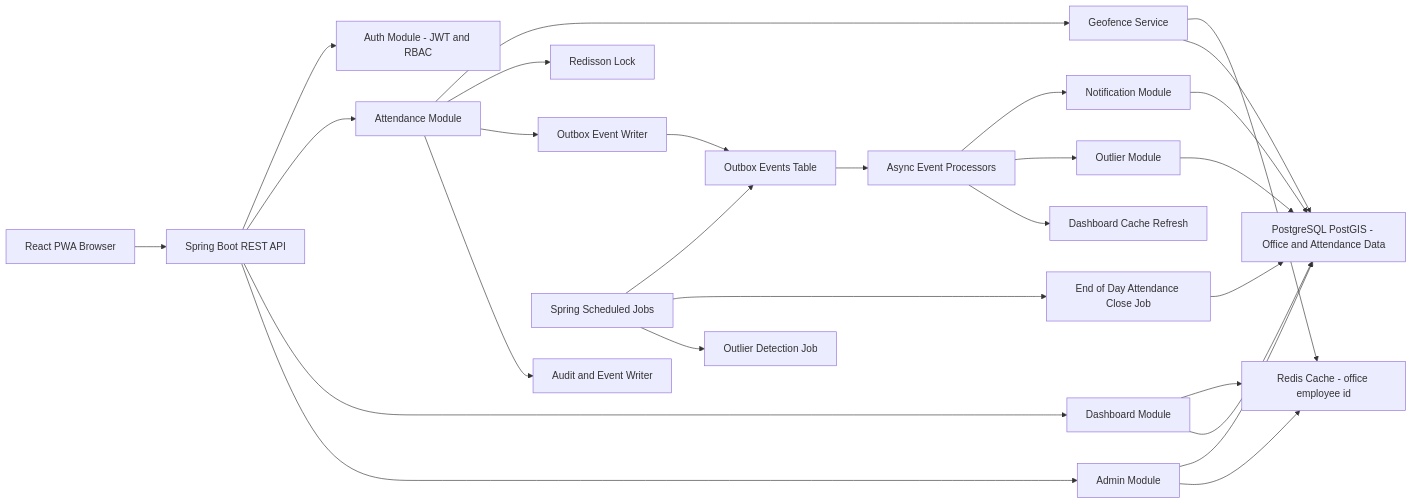
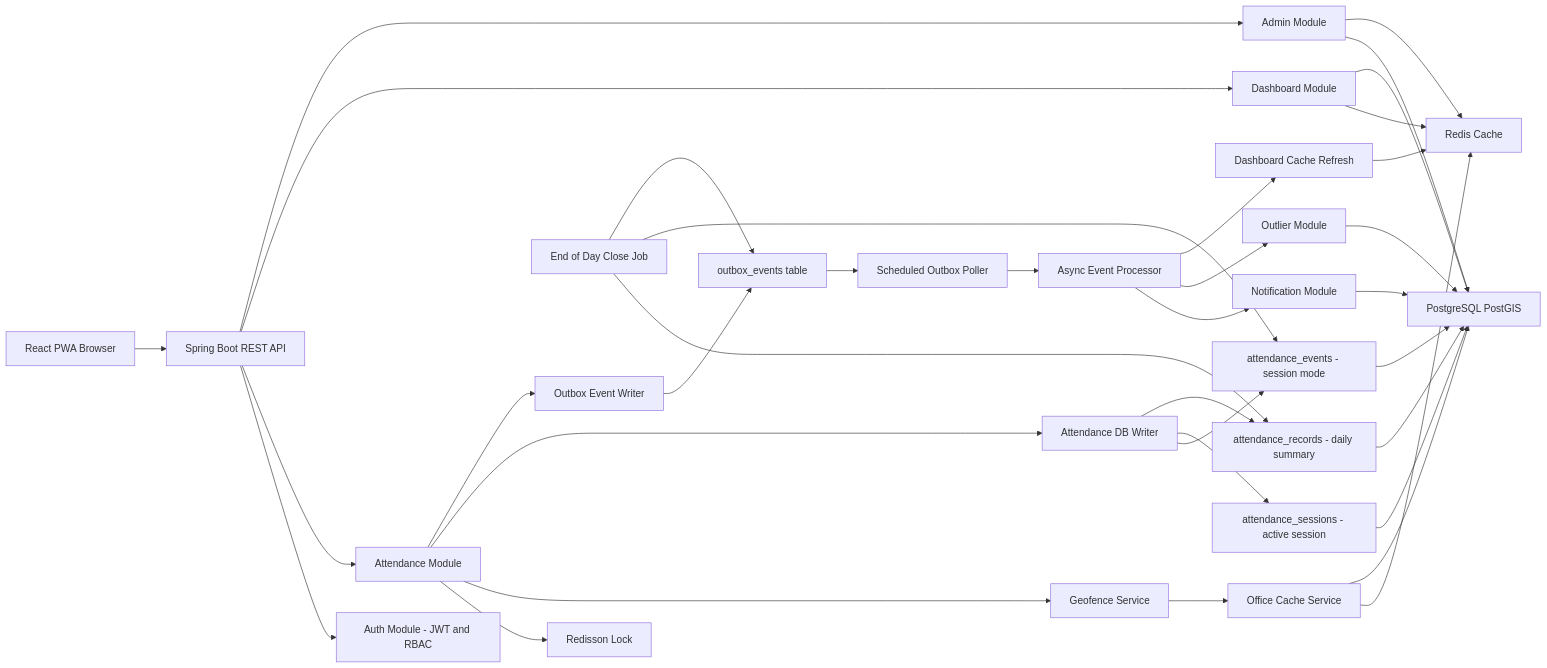
One commit to ashu843118/wfh-wfo-attendance-system changed the diagram in docs/architecture.md. Above: the diagram before and after it, drawn with Mermaid. The commit also changed other lines of this file and 25 other files, not shown here.

````diff
--- a/docs/architecture.md
+++ b/docs/architecture.md
@@ -9,38 +9,48 @@
 ```mermaid
 flowchart LR
     Browser["React PWA Browser"] --> API["Spring Boot REST API"]
 
     API --> Auth["Auth Module - JWT and RBAC"]
     API --> Attendance["Attendance Module"]
     API --> Dashboard["Dashboard Module"]
     API --> Admin["Admin Module"]
 
+    Attendance --> Lock["Redisson Lock"]
     Attendance --> Geo["Geofence Service"]
-    Attendance --> Lock["Redisson Lock"]
+    Attendance --> DBWrite["Attendance DB Writer"]
     Attendance --> OutboxWriter["Outbox Event Writer"]
-    Attendance --> Audit["Audit and Event Writer"]
 
-    Geo --> Redis["Redis Cache - office employee id"]
-    Geo --> PostGIS["PostgreSQL PostGIS - Office and Attendance Data"]
+    Geo --> OfficeCache["Office Cache Service"]
+    OfficeCache --> Redis["Redis Cache"]
+    OfficeCache --> PostGIS["PostgreSQL PostGIS"]
+
+    DBWrite --> Events["attendance_events - session mode"]
+    DBWrite --> Sessions["attendance_sessions - active session"]
+    DBWrite --> Records["attendance_records - daily summary"]
+
+    Events --> PostGIS
+    Sessions --> PostGIS
+    Records --> PostGIS
+
+    OutboxWriter --> OutboxTable["outbox_events table"]
+    OutboxTable --> Scheduler["Scheduled Outbox Poller"]
+    Scheduler --> AsyncProcessor["Async Event Processor"]
+
+    AsyncProcessor --> Notification["Notification Module"]
+    AsyncProcessor --> Outlier["Outlier Module"]
+    AsyncProcessor --> CacheRefresh["Dashboard Cache Refresh"]
+
+    Notification --> PostGIS
+    Outlier --> PostGIS
+    CacheRefresh --> Redis
 
     Dashboard --> Redis
     Dashboard --> PostGIS
 
     Admin --> PostGIS
     Admin --> Redis
 
-    OutboxWriter --> OutboxTable["Outbox Events Table"]
-
-    Scheduler["Spring Scheduled Jobs"] --> OutboxTable
-    Scheduler --> EODJob["End of Day Attendance Close Job"]
-    Scheduler --> OutlierJob["Outlier Detection Job"]
-
-    OutboxTable --> AsyncProcessor["Async Event Processors"]
-    AsyncProcessor --> Notification["Notification Module"]
-    AsyncProcessor --> OutlierModule["Outlier Module"]
-    AsyncProcessor --> DashboardCache["Dashboard Cache Refresh"]
-
-    Notification --> PostGIS
-    OutlierModule --> PostGIS
-    EODJob --> PostGIS
+    EOD["End of Day Close Job"] --> Records
+    EOD --> Events
+    EOD --> OutboxTable
 ```
````
